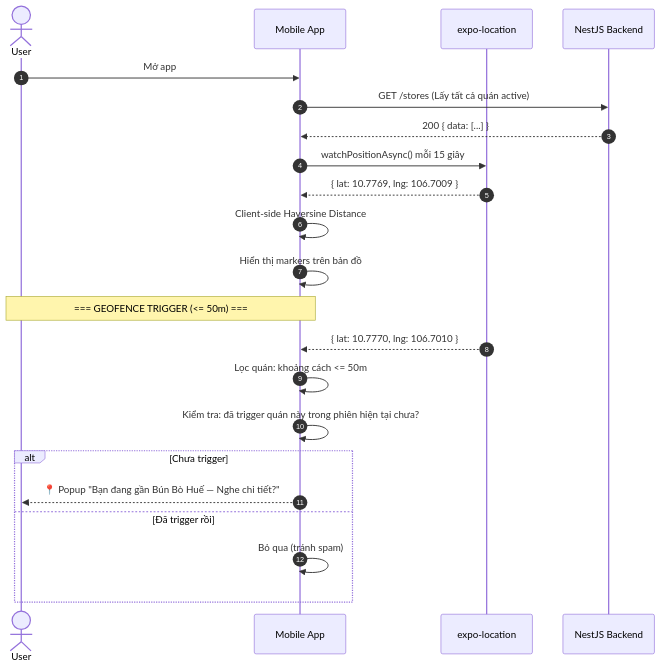
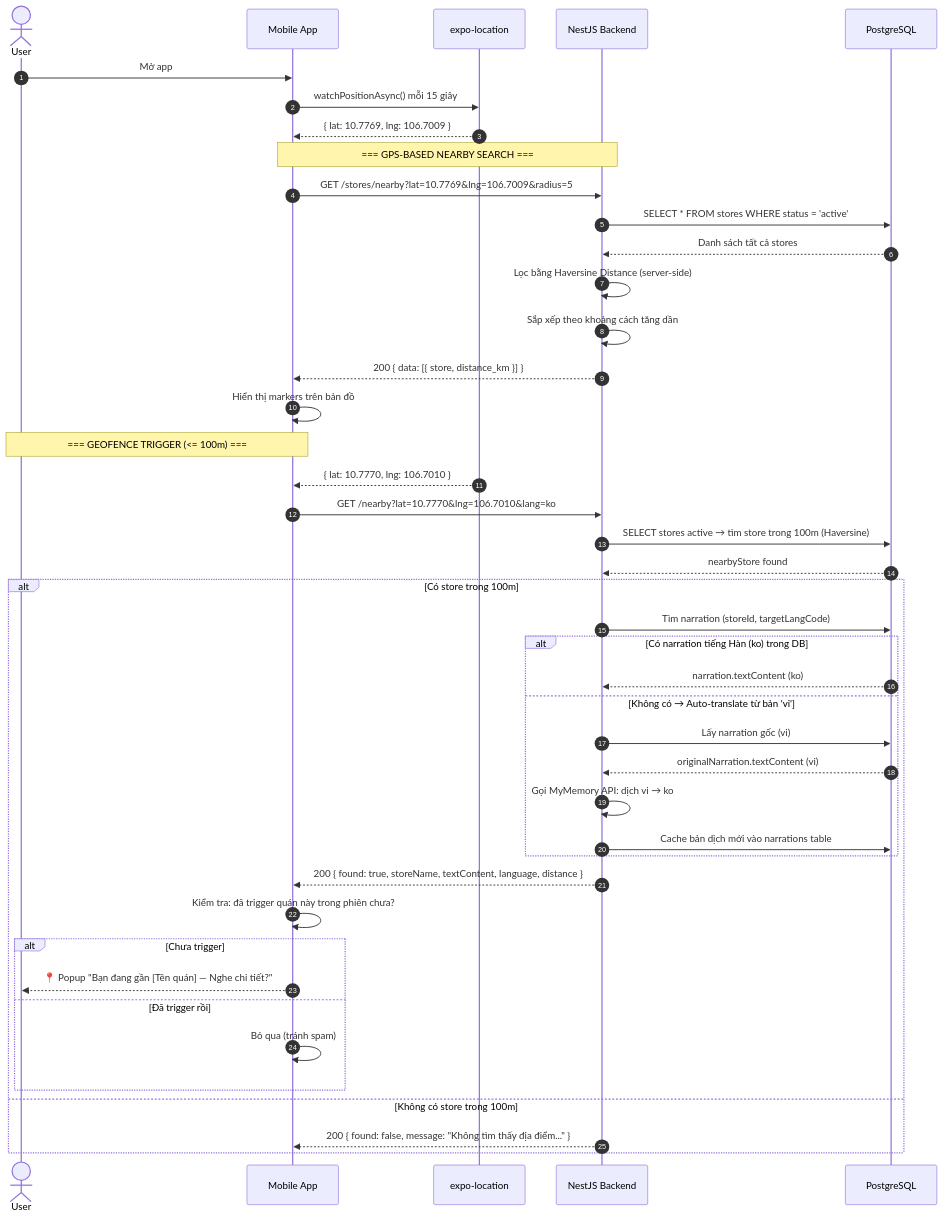
One commit to thankhanh/Seminar_sgu changed the second of 13 diagrams in docs/diagrams.md. Above: the diagram before and after it, drawn with Mermaid. The commit also changed other lines of this file, not shown here.

First line of the commit message:
Update diagrams.md

````diff
--- a/docs/diagrams.md
+++ b/docs/diagrams.md
@@ -84,31 +90,50 @@
 ```mermaid
 sequenceDiagram
     autonumber
     actor U as User
     participant App as Mobile App
     participant GPS as expo-location
     participant API as NestJS Backend
+    participant DB as PostgreSQL
 
     U->>App: Mở app
-    App->>API: GET /stores (Lấy tất cả quán active)
-    API-->>App: 200 { data: [...] }
-    
     App->>GPS: watchPositionAsync() mỗi 15 giây
     GPS-->>App: { lat: 10.7769, lng: 106.7009 }
-    
-    App->>App: Client-side Haversine Distance
+
+    Note over App,API: === GPS-BASED NEARBY SEARCH ===
+    App->>API: GET /stores/nearby?lat=10.7769&lng=106.7009&radius=5
+    API->>DB: SELECT * FROM stores WHERE status = 'active'
+    DB-->>API: Danh sách tất cả stores
+    API->>API: Lọc bằng Haversine Distance (server-side)
+    API->>API: Sắp xếp theo khoảng cách tăng dần
+    API-->>App: 200 { data: [{ store, distance_km }] }
     App->>App: Hiển thị markers trên bản đồ
 
-    Note over U,App: === GEOFENCE TRIGGER (<= 50m) ===
-    
+    Note over U,App: === GEOFENCE TRIGGER (<= 100m) ===
+
     GPS-->>App: { lat: 10.7770, lng: 106.7010 }
-    App->>App: Lọc quán: khoảng cách <= 50m
-    
-    App->>App: Kiểm tra: đã trigger quán này trong phiên hiện tại chưa?
-    
-    alt Chưa trigger
-        App-->>U: 📍 Popup "Bạn đang gần Bún Bò Huế — Nghe chi tiết?"
-    else Đã trigger rồi
-        App->>App: Bỏ qua (tránh spam)
+    App->>API: GET /nearby?lat=10.7770&lng=106.7010&lang=ko
+    API->>DB: SELECT stores active → tìm store trong 100m (Haversine)
+    DB-->>API: nearbyStore found
+
+    alt Có store trong 100m
+        API->>DB: Tìm narration (storeId, targetLangCode)
+        alt Có narration tiếng Hàn (ko) trong DB
+            DB-->>API: narration.textContent (ko)
+        else Không có → Auto-translate từ bản 'vi'
+            API->>DB: Lấy narration gốc (vi)
+            DB-->>API: originalNarration.textContent (vi)
+            API->>API: Gọi MyMemory API: dịch vi → ko
+            API->>DB: Cache bản dịch mới vào narrations table
+        end
+        API-->>App: 200 { found: true, storeName, textContent, language, distance }
+        App->>App: Kiểm tra: đã trigger quán này trong phiên chưa?
+        alt Chưa trigger
+            App-->>U: 📍 Popup "Bạn đang gần [Tên quán] — Nghe chi tiết?"
+        else Đã trigger rồi
+            App->>App: Bỏ qua (tránh spam)
+        end
+    else Không có store trong 100m
+        API-->>App: 200 { found: false, message: "Không tìm thấy địa điểm..." }
     end
 ```
````
